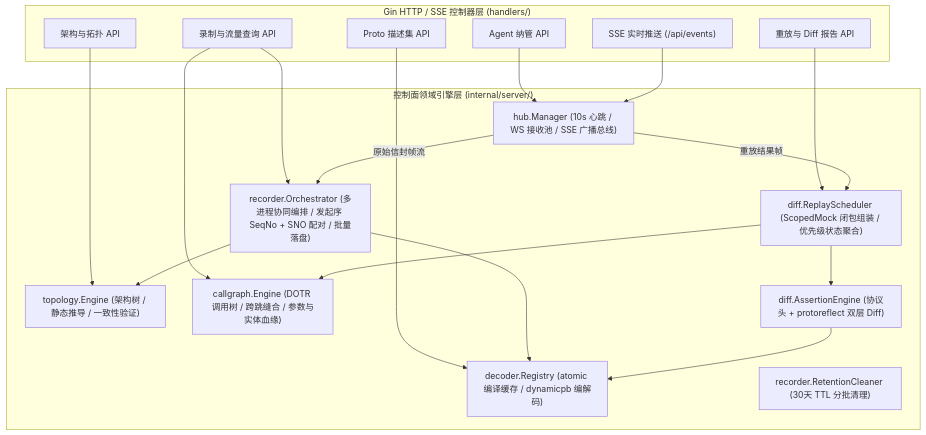
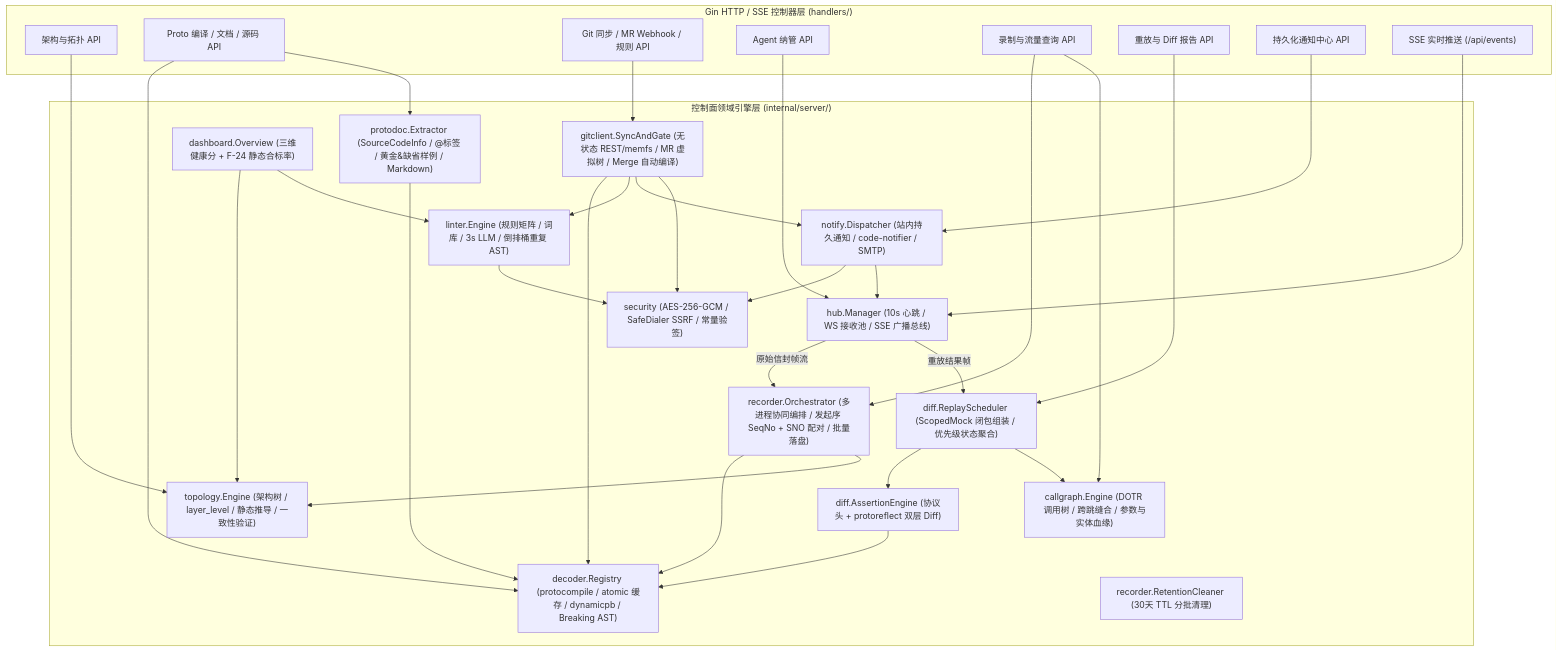
Before and after one commit to fugui/code-traefik: the first of 2 diagrams in docs/02-design/04-control-plane-and-web-console.md, drawn with Mermaid. The commit also changed other lines of this file and 12 other files, not shown here.

Commit message:
docs: 完成 ADR-18 Proto 全生命周期与 Git/MR 治理 SDD 全阶段设计与 M22~M25 任务拆解

````diff
--- a/docs/02-design/04-control-plane-and-web-console.md
+++ b/docs/02-design/04-control-plane-and-web-console.md
@@ -22,36 +23,56 @@
 ```mermaid
 flowchart TB
     subgraph Handlers["Gin HTTP / SSE 控制器层 (handlers/)"]
         H_Arch["架构与拓扑 API"]
-        H_Proto["Proto 描述集 API"]
+        H_Proto["Proto 编译 / 文档 / 源码 API"]
+        H_Git["Git 同步 / MR Webhook / 规则 API"]
         H_Agent["Agent 纳管 API"]
         H_Rec["录制与流量查询 API"]
         H_Replay["重放与 Diff 报告 API"]
+        H_Notif["持久化通知中心 API"]
         H_SSE["SSE 实时推送 (/api/events)"]
     end
 
     subgraph CoreServices["控制面领域引擎层 (internal/server/)"]
-        TopoSvc["topology.Engine (架构树 / 静态推导 / 一致性验证)"]
-        DecoderSvc["decoder.Registry (atomic 编译缓存 / dynamicpb 编解码)"]
+        SecSvc["security (AES-256-GCM / SafeDialer SSRF / 常量验签)"]
+        TopoSvc["topology.Engine (架构树 / layer_level / 静态推导 / 一致性验证)"]
+        DecoderSvc["decoder.Registry (protocompile / atomic 缓存 / dynamicpb / Breaking AST)"]
+        DocSvc["protodoc.Extractor (SourceCodeInfo / @标签 / 黄金&缺省样例 / Markdown)"]
+        LinterSvc["linter.Engine (规则矩阵 / 词库 / 3s LLM / 倒排桶重复 AST)"]
+        GitSvc["gitclient.SyncAndGate (无状态 REST/memfs / MR 虚拟树 / Merge 自动编译)"]
+        NotifySvc["notify.Dispatcher (站内持久通知 / code-notifier / SMTP)"]
+        DashSvc["dashboard.Overview (三维健康分 + F-24 静态合标率)"]
         HubSvc["hub.Manager (10s 心跳 / WS 接收池 / SSE 广播总线)"]
         RecSvc["recorder.Orchestrator (多进程协同编排 / 发起序 SeqNo + SNO 配对 / 批量落盘)"]
         CallGraphSvc["callgraph.Engine (DOTR 调用树 / 跨跳缝合 / 参数与实体血缘)"]
         ReplaySvc["diff.ReplayScheduler (ScopedMock 闭包组装 / 优先级状态聚合)"]
         DiffSvc["diff.AssertionEngine (协议头 + protoreflect 双层 Diff)"]
         Cleaner["recorder.RetentionCleaner (30天 TTL 分批清理)"]
     end
 
     H_Arch --> TopoSvc
     H_Proto --> DecoderSvc
+    H_Proto --> DocSvc
+    H_Git --> GitSvc --> DecoderSvc
+    GitSvc --> LinterSvc
+    GitSvc --> NotifySvc
+    GitSvc --> SecSvc
+    LinterSvc --> SecSvc
+    NotifySvc --> SecSvc
+    NotifySvc --> HubSvc
+    H_Notif --> NotifySvc
     H_Agent --> HubSvc
     H_Rec --> RecSvc
     H_Rec --> CallGraphSvc
     H_Replay --> ReplaySvc --> DiffSvc
     ReplaySvc --> CallGraphSvc
     H_SSE --> HubSvc
     HubSvc -- "原始信封帧流" --> RecSvc
     HubSvc -- "重放结果帧" --> ReplaySvc
     RecSvc --> DecoderSvc
     RecSvc --> TopoSvc
+    DocSvc --> DecoderSvc
+    DashSvc --> TopoSvc
+    DashSvc --> LinterSvc
     DiffSvc --> DecoderSvc
 ```
````
